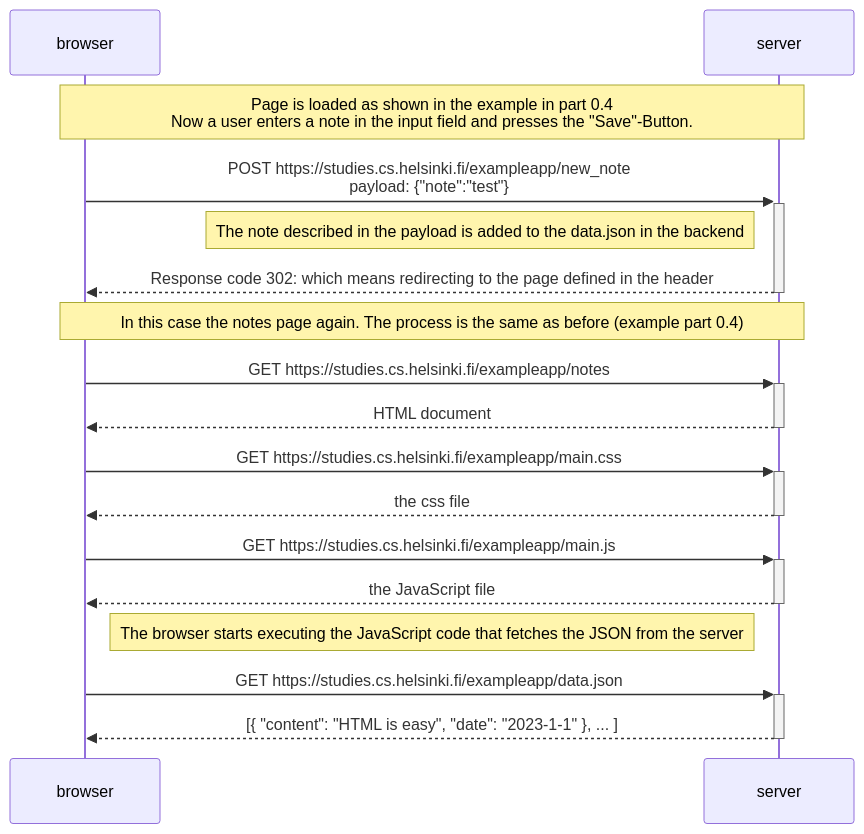
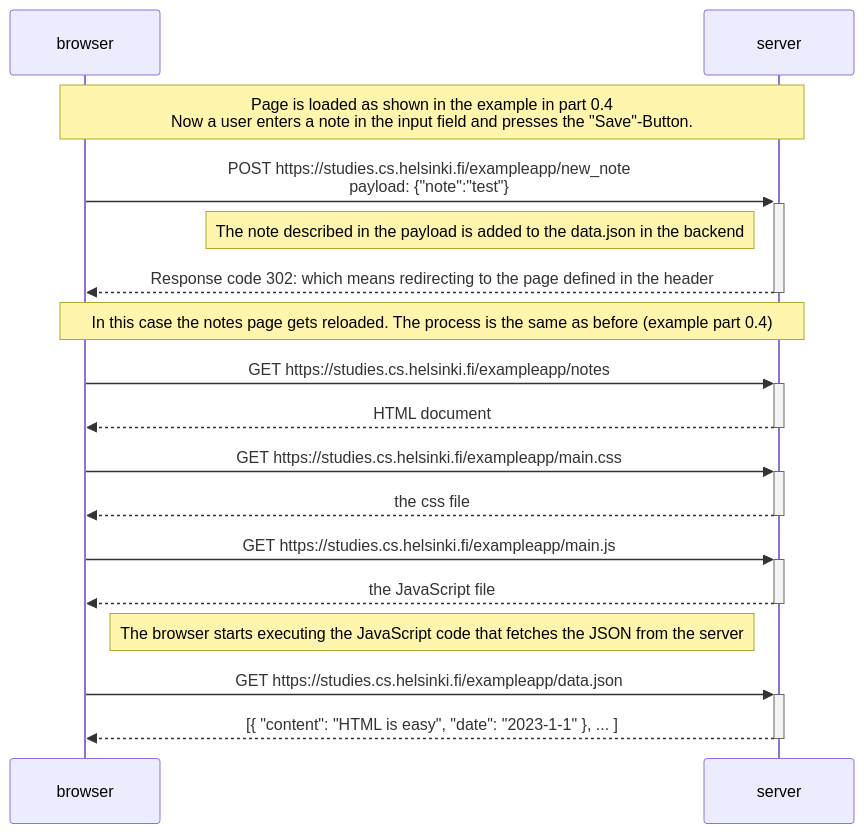
The diagram in Part_0/part_0-4.md (spitzerUH/UH-FullStackWebDevelopment), drawn with Mermaid before and after one commit. The commit also changed other lines of this file and 2 other files, not shown here.

Commit message:
#0 - add part 0.5 und 0.6, fix part 0.4

````diff
--- a/Part_0/part_0-4.md
+++ b/Part_0/part_0-4.md
@@ -3,27 +5,27 @@
 ```mermaid
 sequenceDiagram
     participant browser
     participant server
 
     Note over server,browser: Page is loaded as shown in the example in part 0.4 <br>Now a user enters a note in the input field and presses the "Save"-Button.
 
     browser->>+server: POST https://studies.cs.helsinki.fi/exampleapp/new_note <br> payload: {"note":"test"}
     Note left of server: The note described in the payload is added to the data.json in the backend
     server-->>-browser: Response code 302: which means redirecting to the page defined in the header
 
-    Note over browser,server: In this case the notes page again. The process is the same as before (example part 0.4)
+    Note over browser,server: In this case the notes page gets reloaded. The process is the same as before (example part 0.4)
 
     browser->>+server: GET https://studies.cs.helsinki.fi/exampleapp/notes
     server-->>-browser: HTML document
 
     browser->>+server: GET https://studies.cs.helsinki.fi/exampleapp/main.css
     server-->>-browser: the css file
 
     browser->>+server: GET https://studies.cs.helsinki.fi/exampleapp/main.js
     server-->>-browser: the JavaScript file
 
     Note right of browser: The browser starts executing the JavaScript code that fetches the JSON from the server
 
     browser->>+server: GET https://studies.cs.helsinki.fi/exampleapp/data.json
     server-->>-browser: [{ "content": "HTML is easy", "date": "2023-1-1" }, ... ]
 ```
````
